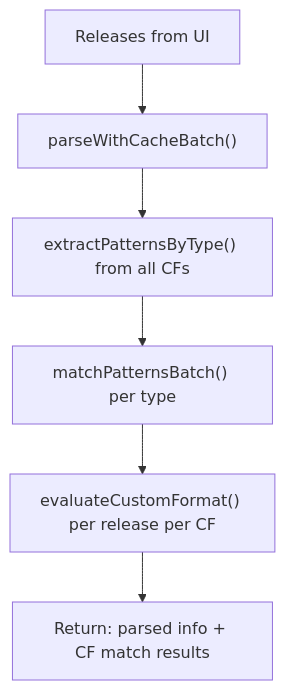
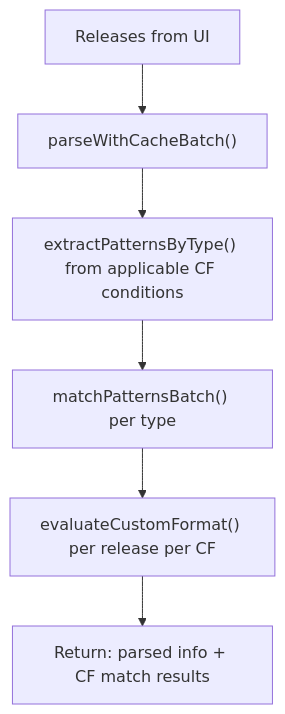
The second of 2 diagrams in docs/backend/parser.md (Dictionarry-Hub/profilarr), drawn with Mermaid before and after one commit. The commit also changed other lines of this file and 9 other files, not shown here.

````diff
--- a/docs/backend/parser.md
+++ b/docs/backend/parser.md
@@ -192,8 +192,8 @@
 ```mermaid
 flowchart TD
     REQ[Releases from UI] --> PARSE["parseWithCacheBatch()"]
-    PARSE --> EXTRACT["extractPatternsByType() from all CFs"]
+    PARSE --> EXTRACT["extractPatternsByType() from applicable CF conditions"]
     EXTRACT --> MATCH["matchPatternsBatch() per type"]
     MATCH --> EVAL["evaluateCustomFormat() per release per CF"]
     EVAL --> RESP["Return: parsed info + CF match results"]
 ```
````
